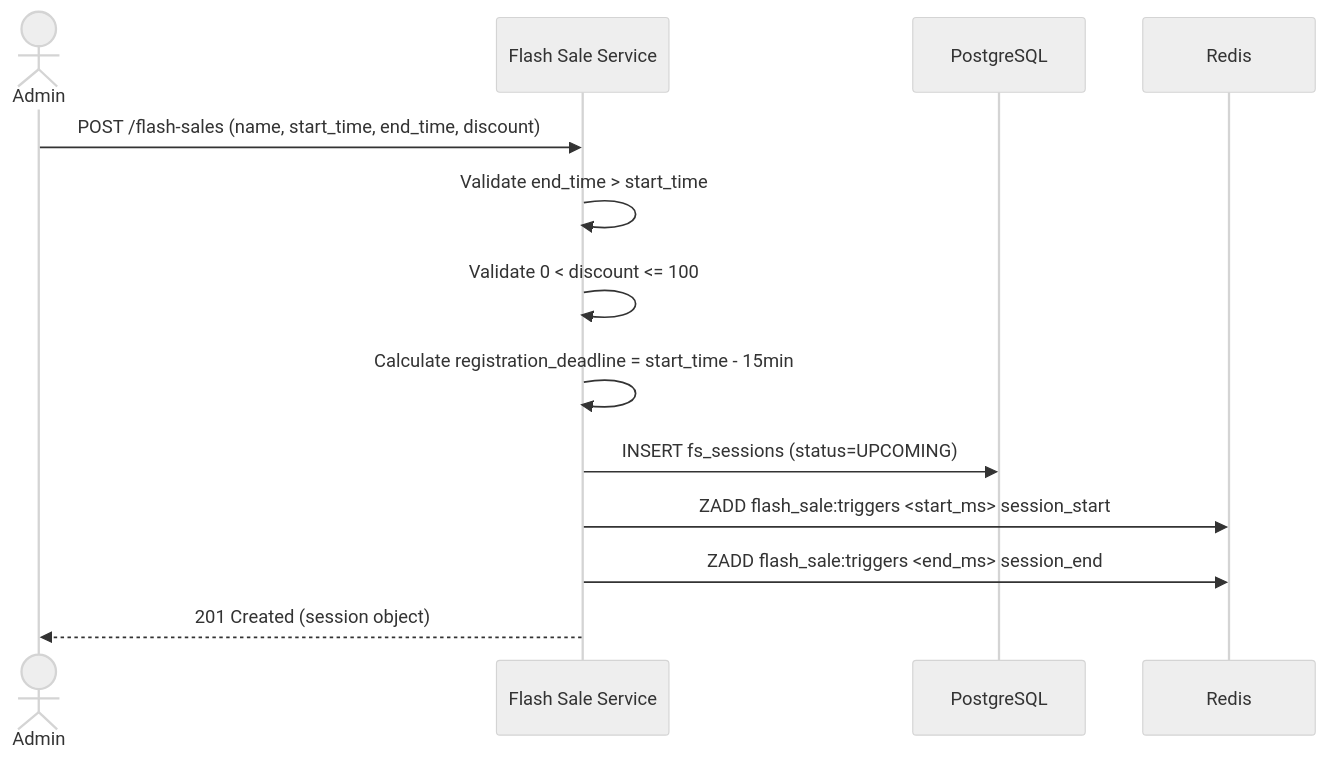
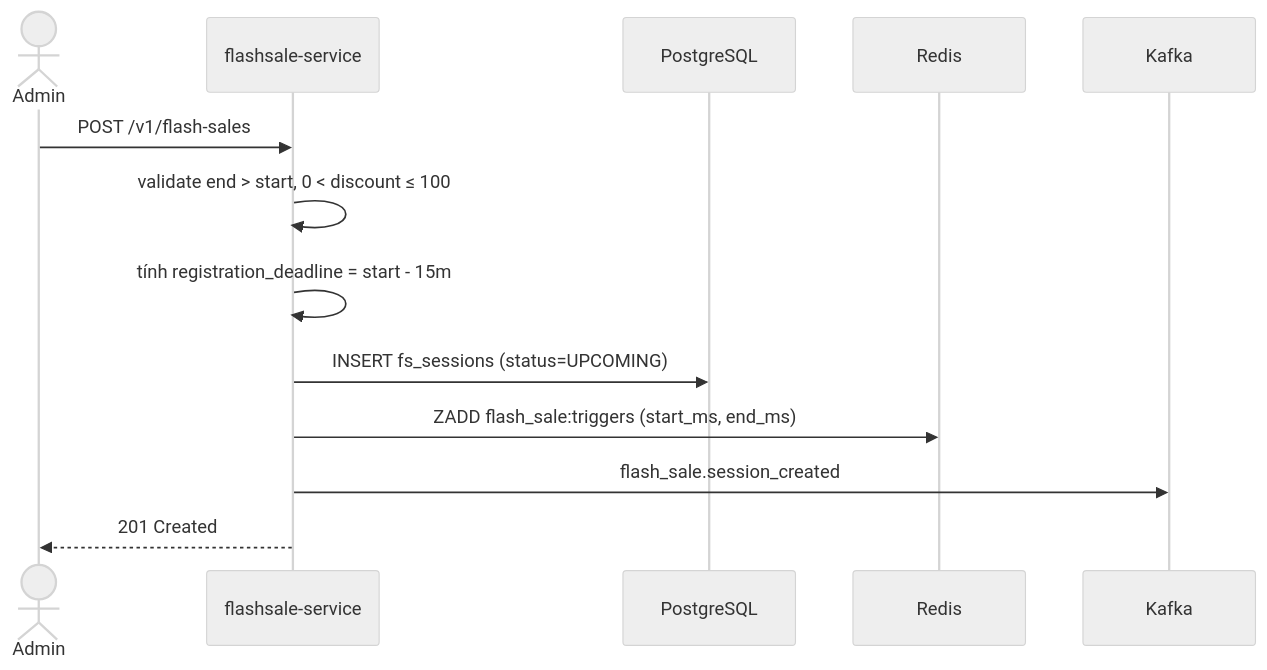
Before and after one commit to ldqanh1408/stealing-from-paradise: the first of 11 diagrams in documents/overview/FLOWS.md, drawn with Mermaid (neutral theme). The commit also changed other lines of this file and 48 other files, not shown here.

````diff
--- a/documents/overview/FLOWS.md
+++ b/documents/overview/FLOWS.md
@@ -12,16 +9,16 @@
 ```mermaid
 sequenceDiagram
     actor Admin
-    participant FS as Flash Sale Service
+    participant FS as flashsale-service
     participant PG as PostgreSQL
-    participant Redis
+    participant R as Redis
+    participant K as Kafka
 
-    Admin->>FS: POST /flash-sales (name, start_time, end_time, discount)
-    FS->>FS: Validate end_time > start_time
-    FS->>FS: Validate 0 < discount <= 100
-    FS->>FS: Calculate registration_deadline = start_time - 15min
+    Admin->>FS: POST /v1/flash-sales
+    FS->>FS: validate end > start, 0 < discount ≤ 100
+    FS->>FS: tính registration_deadline = start - 15m
     FS->>PG: INSERT fs_sessions (status=UPCOMING)
-    FS->>Redis: ZADD flash_sale:triggers <start_ms> session_start
-    FS->>Redis: ZADD flash_sale:triggers <end_ms> session_end
-    FS-->>Admin: 201 Created (session object)
+    FS->>R: ZADD flash_sale:triggers (start_ms, end_ms)
+    FS->>K: flash_sale.session_created
+    FS-->>Admin: 201 Created
 ```
````
